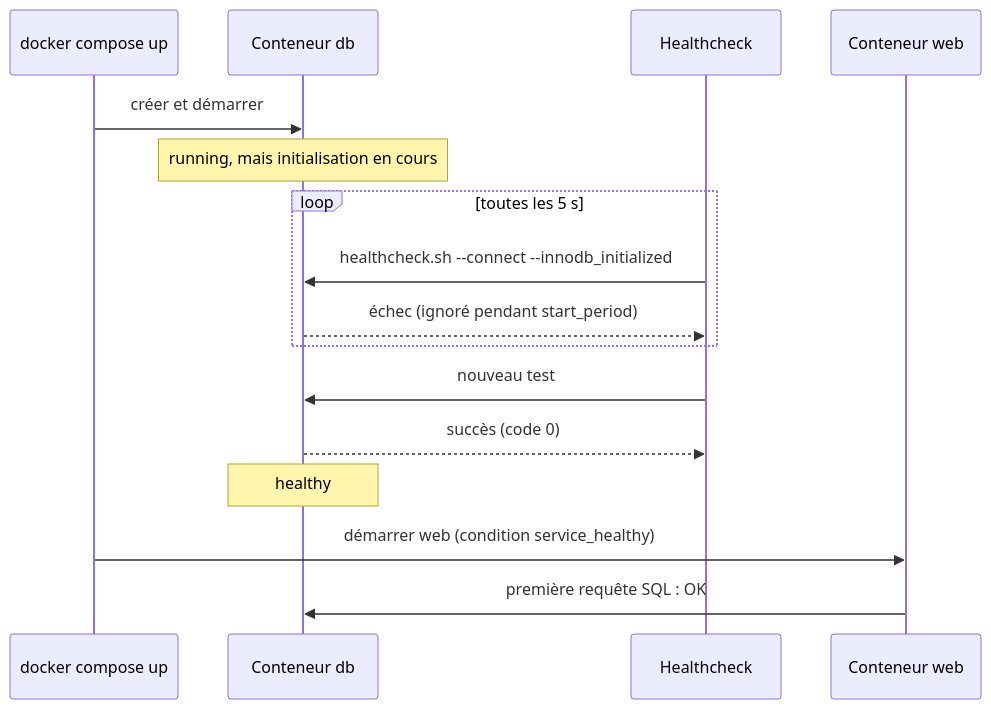
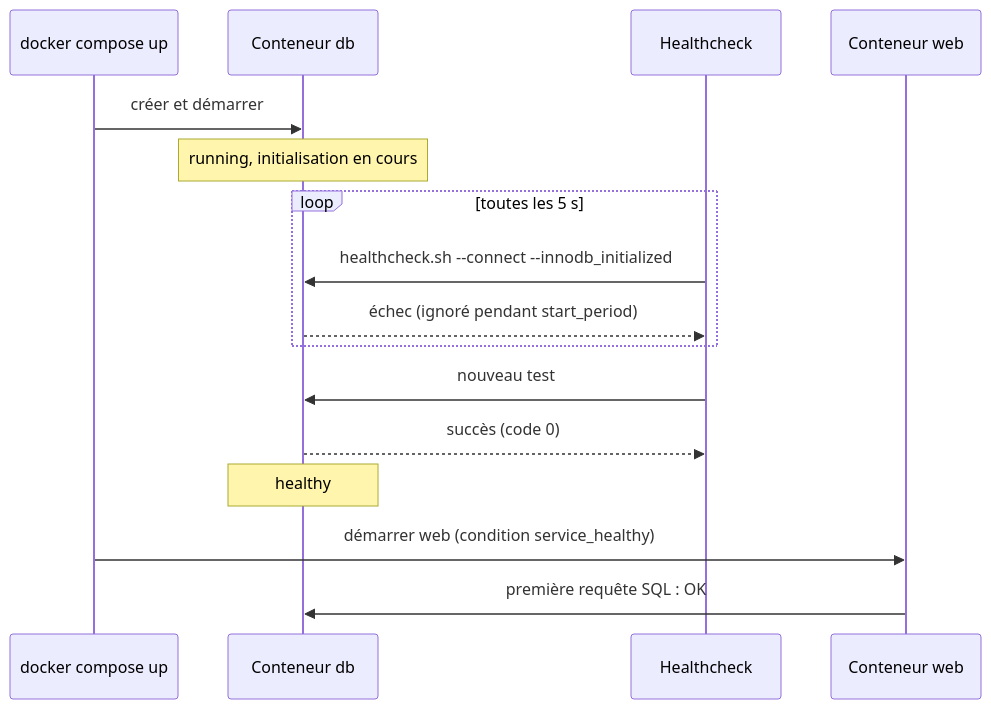
The second of 2 diagrams in docs/Demarre-n-est-pas-disponible.md (astronas/Ynov---Containerization-Orchestration), drawn with Mermaid before and after one commit. The commit also changed other lines of this file and 160 other files, not shown here.

First line of the commit message:
Refonte visuelle : charte des rendus de TP, illustrations et captures réelles

````diff
--- a/docs/Demarre-n-est-pas-disponible.md
+++ b/docs/Demarre-n-est-pas-disponible.md
@@ -261,18 +232,18 @@
-```mermaid
-sequenceDiagram
-    participant C as docker compose up
-    participant D as Conteneur db
-    participant H as Healthcheck
-    participant W as Conteneur web
-    C->>D: créer et démarrer
-    Note over D: running, mais initialisation en cours
-    loop toutes les 5 s
-        H->>D: healthcheck.sh --connect --innodb_initialized
-        D-->>H: échec (ignoré pendant start_period)
-    end
-    H->>D: nouveau test
-    D-->>H: succès (code 0)
-    Note over D: healthy
-    C->>W: démarrer web (condition service_healthy)
-    W->>D: première requête SQL : OK
-```
+    ```mermaid
+    sequenceDiagram
+        participant C as docker compose up
+        participant D as Conteneur db
+        participant H as Healthcheck
+        participant W as Conteneur web
+        C->>D: créer et démarrer
+        Note over D: running, initialisation en cours
+        loop toutes les 5 s
+            H->>D: healthcheck.sh --connect --innodb_initialized
+            D-->>H: échec (ignoré pendant start_period)
+        end
+        H->>D: nouveau test
+        D-->>H: succès (code 0)
+        Note over D: healthy
+        C->>W: démarrer web (condition service_healthy)
+        W->>D: première requête SQL : OK
+    ```
````
